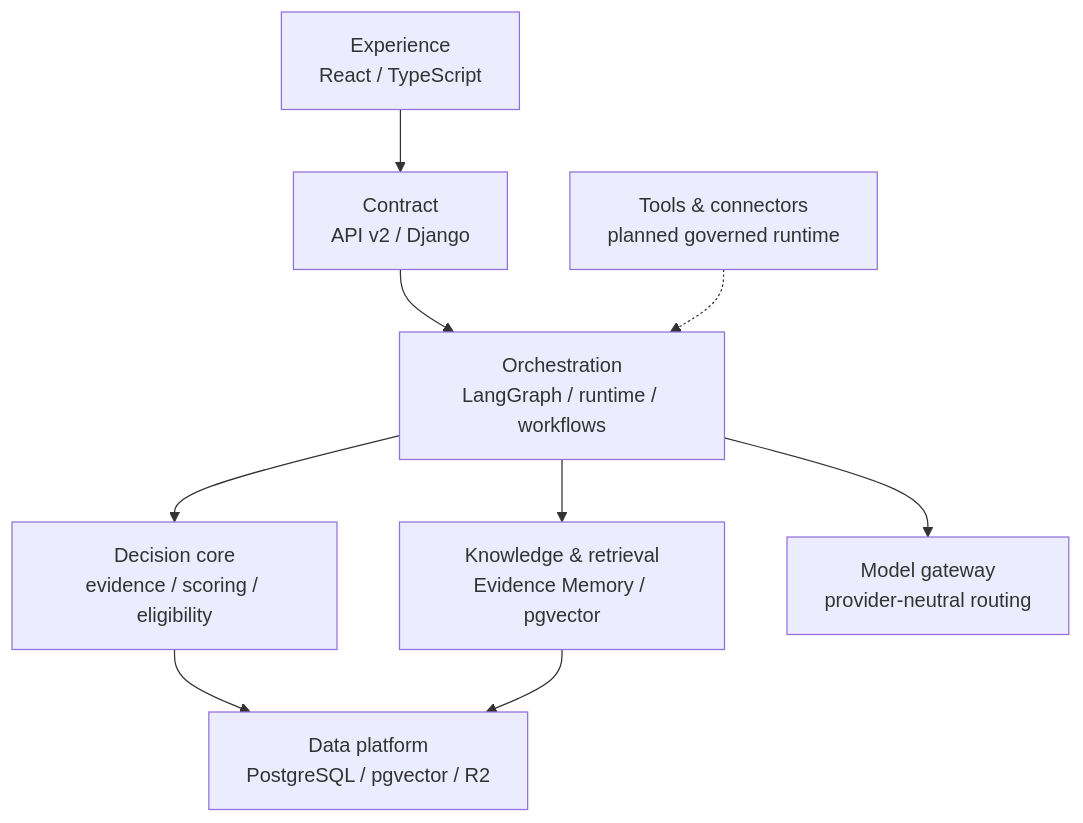
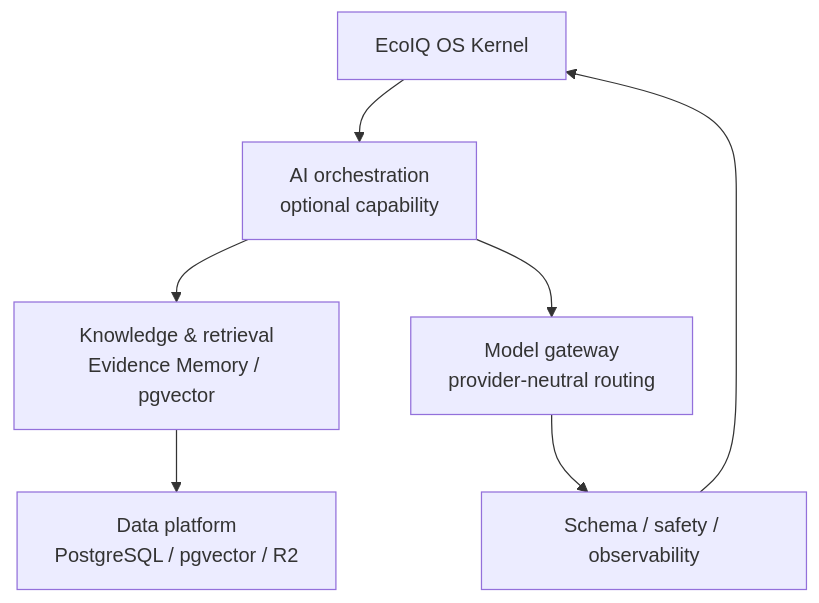
One commit to Alizhan39/ecoiq-v1 changed the diagram in docs/architecture/AI_DECISION_OS.md. Above: the diagram before and after it, drawn with Mermaid. The commit also changed other lines of this file, not shown here.

Commit message:
docs(ai): make AI a subsystem of EcoIQ OS

````diff
--- a/docs/architecture/AI_DECISION_OS.md
+++ b/docs/architecture/AI_DECISION_OS.md
@@ -17,11 +21,9 @@
 ```mermaid
 flowchart TB
-    UI["Experience<br/>React / TypeScript"] --> API["Contract<br/>API v2 / Django"]
-    API --> ORCH["Orchestration<br/>LangGraph / runtime / workflows"]
-    ORCH --> CORE["Decision core<br/>evidence / scoring / eligibility"]
+    OS["EcoIQ OS Kernel"] --> ORCH["AI orchestration<br/>optional capability"]
     ORCH --> RAG["Knowledge & retrieval<br/>Evidence Memory / pgvector"]
     ORCH --> LLM["Model gateway<br/>provider-neutral routing"]
-    CORE --> DATA["Data platform<br/>PostgreSQL / pgvector / R2"]
-    RAG --> DATA
-    TOOLS["Tools & connectors<br/>planned governed runtime"] -.-> ORCH
+    RAG --> DATA["Data platform<br/>PostgreSQL / pgvector / R2"]
+    LLM --> OBS["Schema / safety / observability"]
+    OBS --> OS
 ```
````
